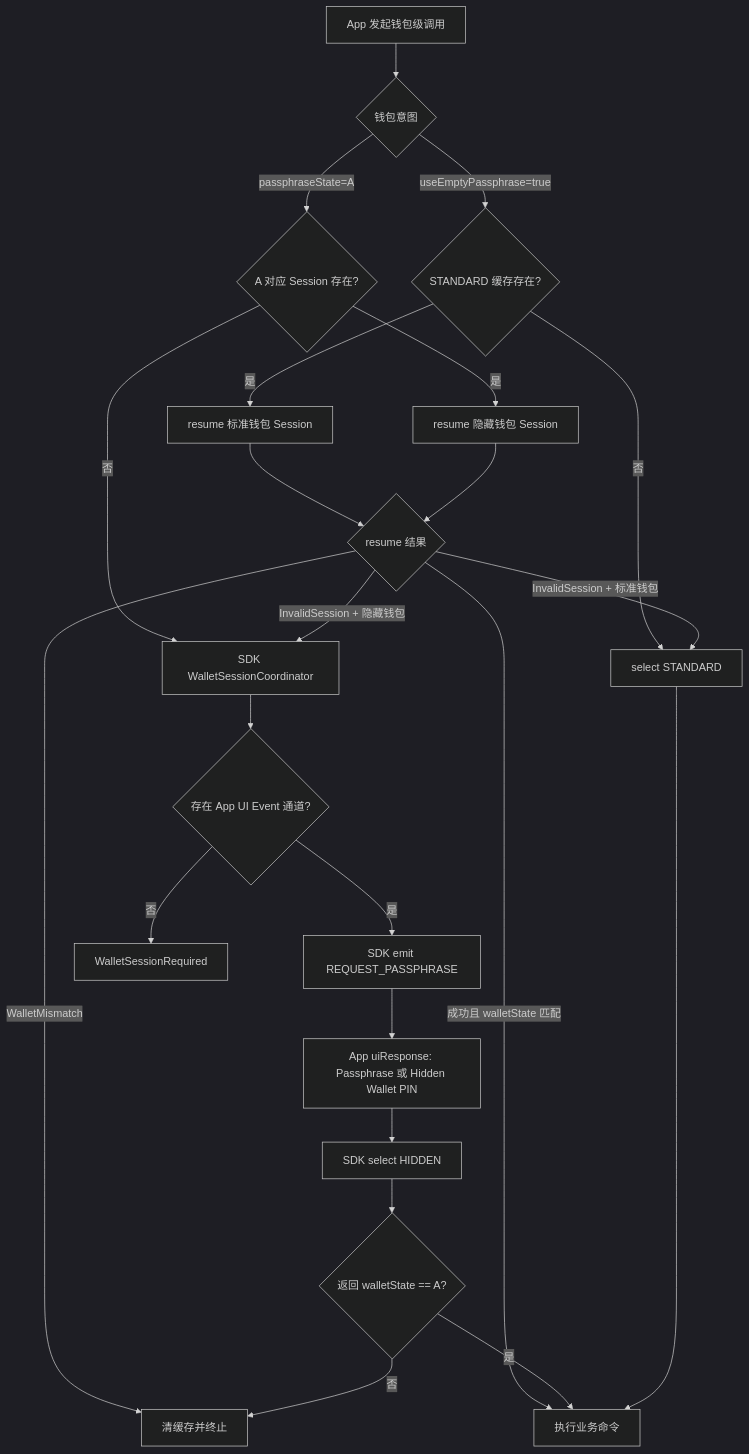
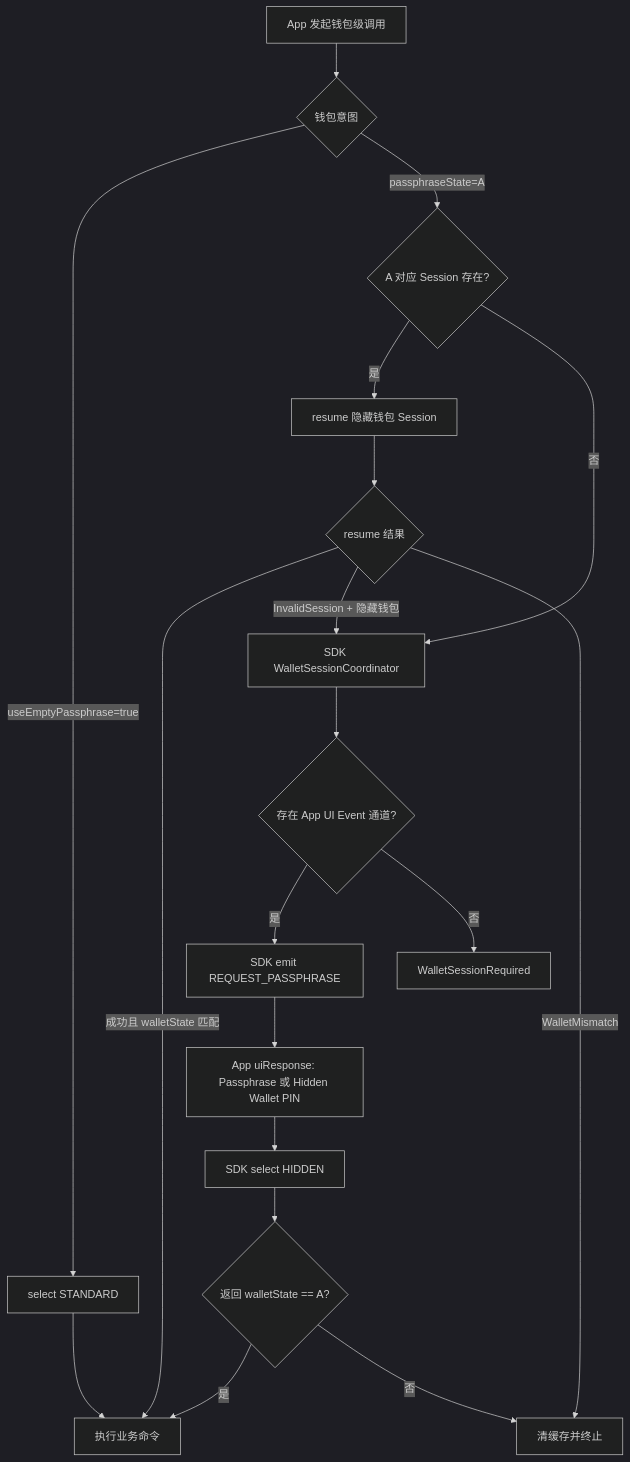
Before and after one commit to OneKeyHQ/hardware-js-sdk: the first of 4 diagrams in docs/superpowers/specs/2026-07-16-pro2-eventless-wallet-session-design.md, drawn with Mermaid (dark theme). The commit also changed other lines of this file and 29 other files, not shown here.

Commit message:
feat(pro2): add explicit wallet session open flow

````diff
--- a/docs/superpowers/specs/2026-07-16-pro2-eventless-wallet-session-design.md
+++ b/docs/superpowers/specs/2026-07-16-pro2-eventless-wallet-session-design.md
@@ -64,30 +103,26 @@
 ```mermaid
 flowchart TD
     Call[App 发起钱包级调用] --> Intent{钱包意图}
 
-    Intent -->|useEmptyPassphrase=true| StandardCache{STANDARD 缓存存在?}
-    StandardCache -->|是| ResumeStandard[resume 标准钱包 Session]
-    StandardCache -->|否| SelectStandard[select STANDARD]
+    Intent -->|useEmptyPassphrase=true| SelectStandard[select STANDARD]
 
     Intent -->|passphraseState=A| HiddenCache{A 对应 Session 存在?}
     HiddenCache -->|是| ResumeHidden[resume 隐藏钱包 Session]
     HiddenCache -->|否| Coordinator[SDK WalletSessionCoordinator]
 
-    ResumeStandard --> ResumeResult{resume 结果}
-    ResumeHidden --> ResumeResult
+    ResumeHidden --> ResumeResult{resume 结果}
     ResumeResult -->|成功且 walletState 匹配| Business[执行业务命令]
-    ResumeResult -->|InvalidSession + 标准钱包| SelectStandard
     ResumeResult -->|InvalidSession + 隐藏钱包| Coordinator
     ResumeResult -->|WalletMismatch| Stop[清缓存并终止]
 
     Coordinator --> UiAvailable{存在 App UI Event 通道?}
     UiAvailable -->|是| Event[SDK emit REQUEST_PASSPHRASE]
     UiAvailable -->|否| Required[WalletSessionRequired]
     Event --> Choice[App uiResponse: Passphrase 或 Hidden Wallet PIN]
     Choice --> SelectHidden[SDK select HIDDEN]
     SelectHidden --> Verify{返回 walletState == A?}
     Verify -->|是| Business
     Verify -->|否| Stop
 
     SelectStandard --> Business
 ```
````
